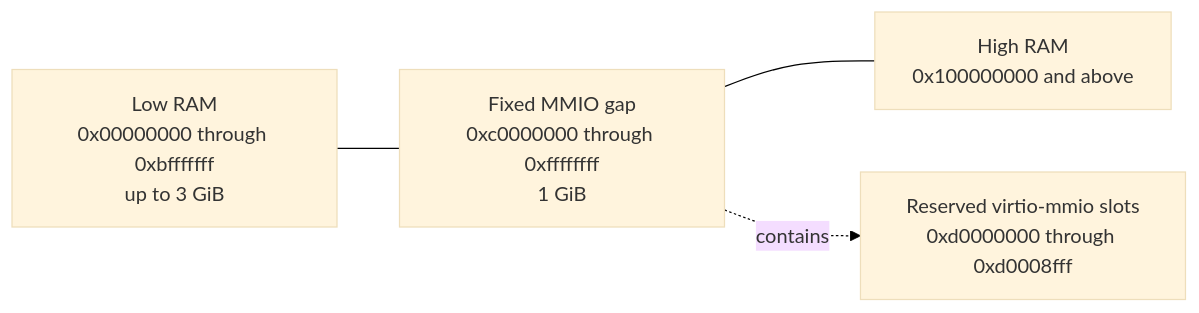
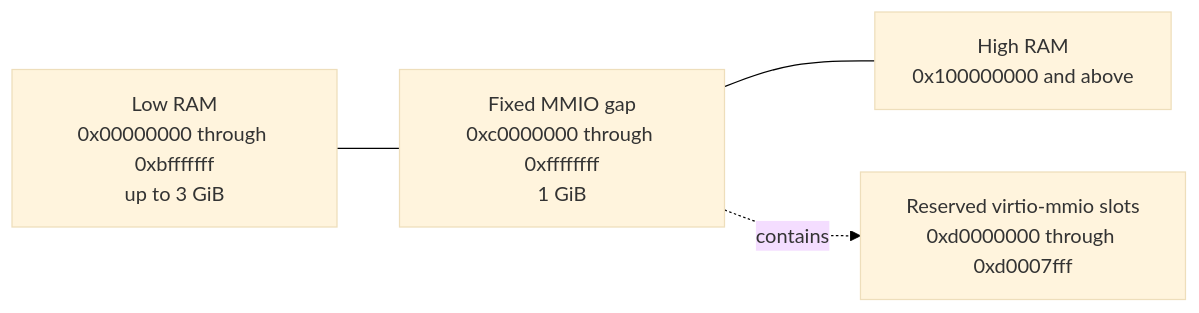
Before and after one commit to microsoft/nvx: the diagram in doc/design/cold-boot.md, drawn with Mermaid. The commit also changed other lines of this file, not shown here.

First line of the commit message:
doc: sync cold boot with the single virtio-fs slot

````diff
--- a/doc/design/cold-boot.md
+++ b/doc/design/cold-boot.md
@@ -50,12 +50,12 @@
 ```mermaid
 %%{init: {"theme": "base", "themeVariables": {"background": "#ffffff"}}}%%
 flowchart LR
    Low["Low RAM<br/>0x00000000 through 0xbfffffff<br/>up to 3 GiB"]
    Gap["Fixed MMIO gap<br/>0xc0000000 through 0xffffffff<br/>1 GiB"]
    High["High RAM<br/>0x100000000 and above"]
-   Slots["Reserved virtio-mmio slots<br/>0xd0000000 through 0xd0008fff"]
+   Slots["Reserved virtio-mmio slots<br/>0xd0000000 through 0xd0007fff"]
 
    Low --- Gap
    Gap --- High
    Gap -. contains .-> Slots
 ```
````
